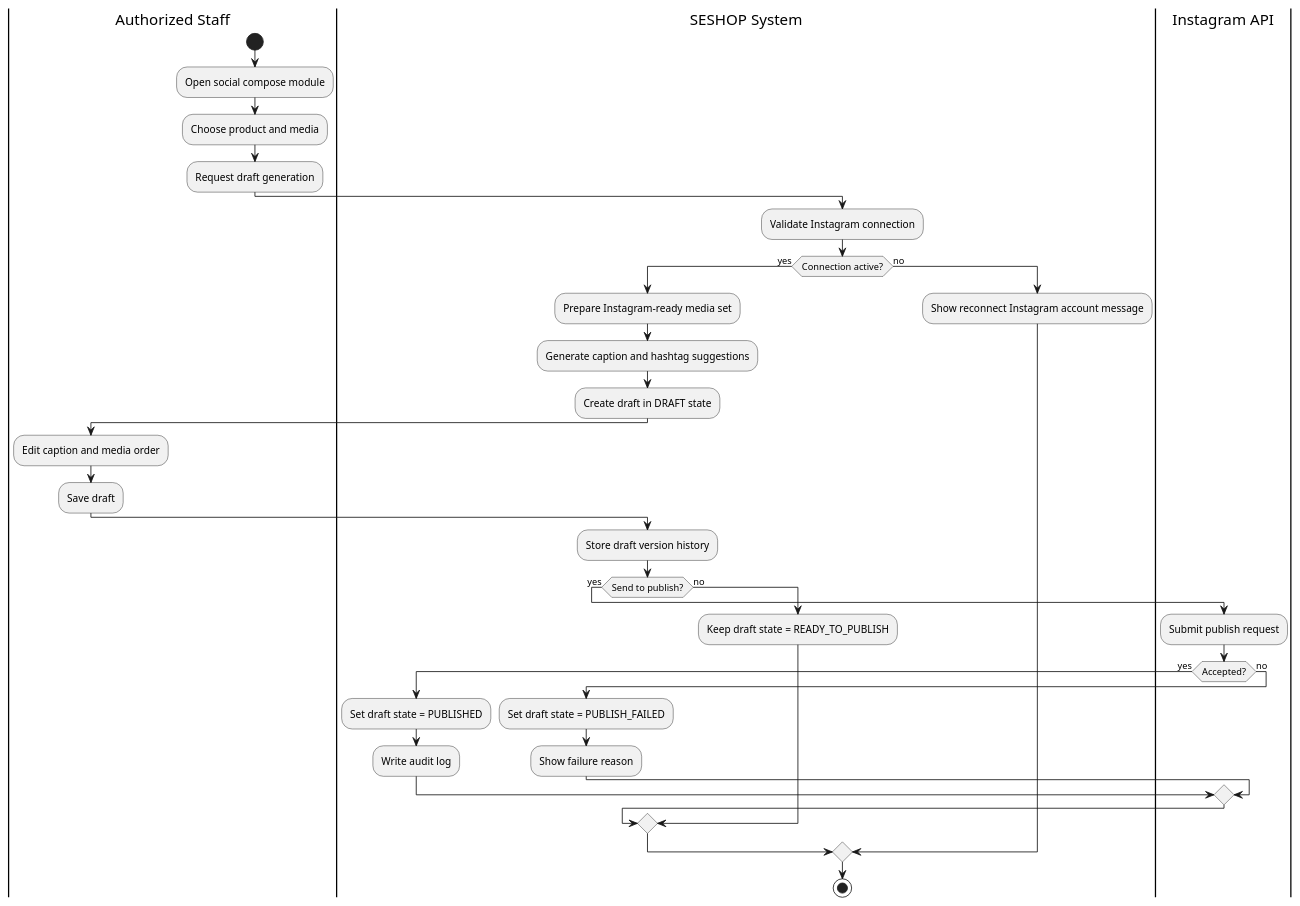
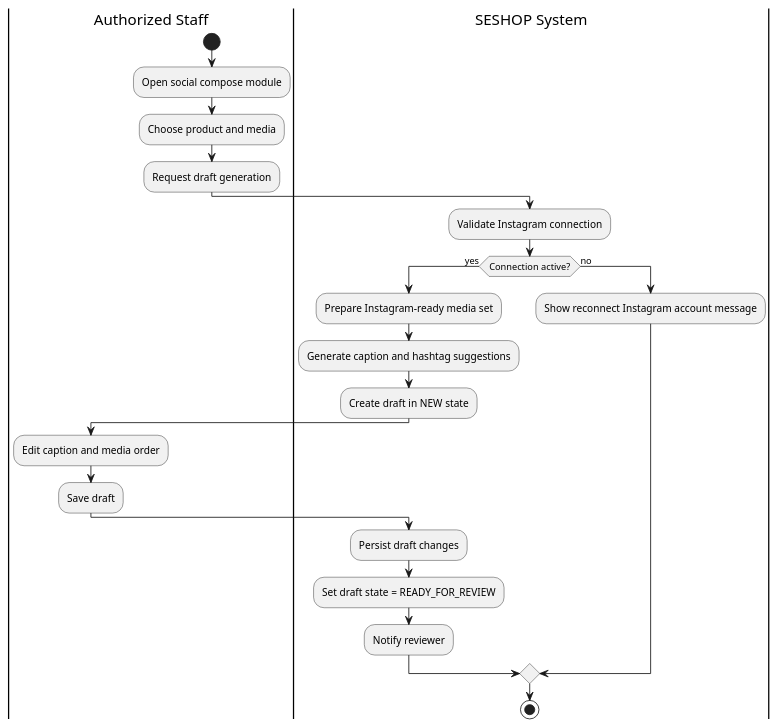
Before and after one commit to dieuxuanhien/SeShop: the diagram in docs/2. Diagrams/activity/instagram-draft-compose.puml, drawn with PlantUML. The commit also changed 23 other files, not shown here.

```diff
--- a/docs/2. Diagrams/activity/instagram-draft-compose.puml
+++ b/docs/2. Diagrams/activity/instagram-draft-compose.puml
@@ -1,40 +1,27 @@
 @startuml
 |Authorized Staff|
 start
 :Open social compose module;
 :Choose product and media;
 :Request draft generation;
 
 |SESHOP System|
 :Validate Instagram connection;
 if (Connection active?) then (yes)
   :Prepare Instagram-ready media set;
   :Generate caption and hashtag suggestions;
-  :Create draft in DRAFT state;
+  :Create draft in NEW state;
 
   |Authorized Staff|
   :Edit caption and media order;
   :Save draft;
 
   |SESHOP System|
-  :Store draft version history;
-  if (Send to publish?) then (yes)
-    |Instagram API|
-    :Submit publish request;
-    if (Accepted?) then (yes)
-      |SESHOP System|
-      :Set draft state = PUBLISHED;
-      :Write audit log;
-    else (no)
-      |SESHOP System|
-      :Set draft state = PUBLISH_FAILED;
-      :Show failure reason;
-    endif
-  else (no)
-    :Keep draft state = READY_TO_PUBLISH;
-  endif
+  :Persist draft changes;
+  :Set draft state = READY_FOR_REVIEW;
+  :Notify reviewer;
 else (no)
   :Show reconnect Instagram account message;
 endif
 stop
 @enduml
```
